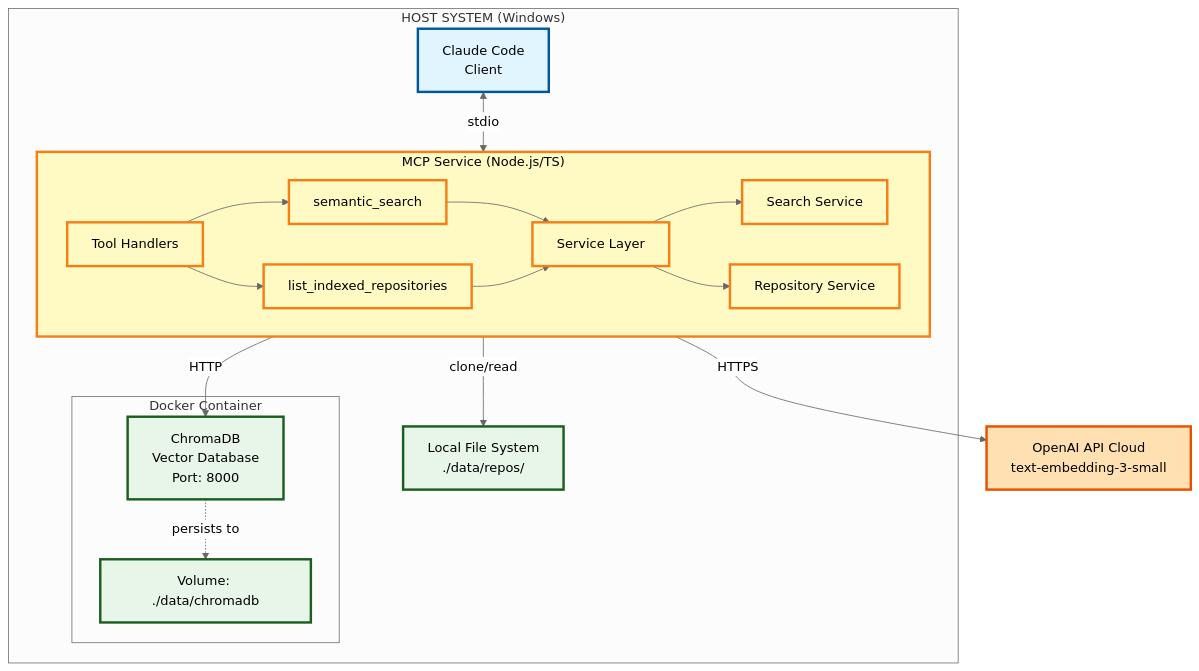
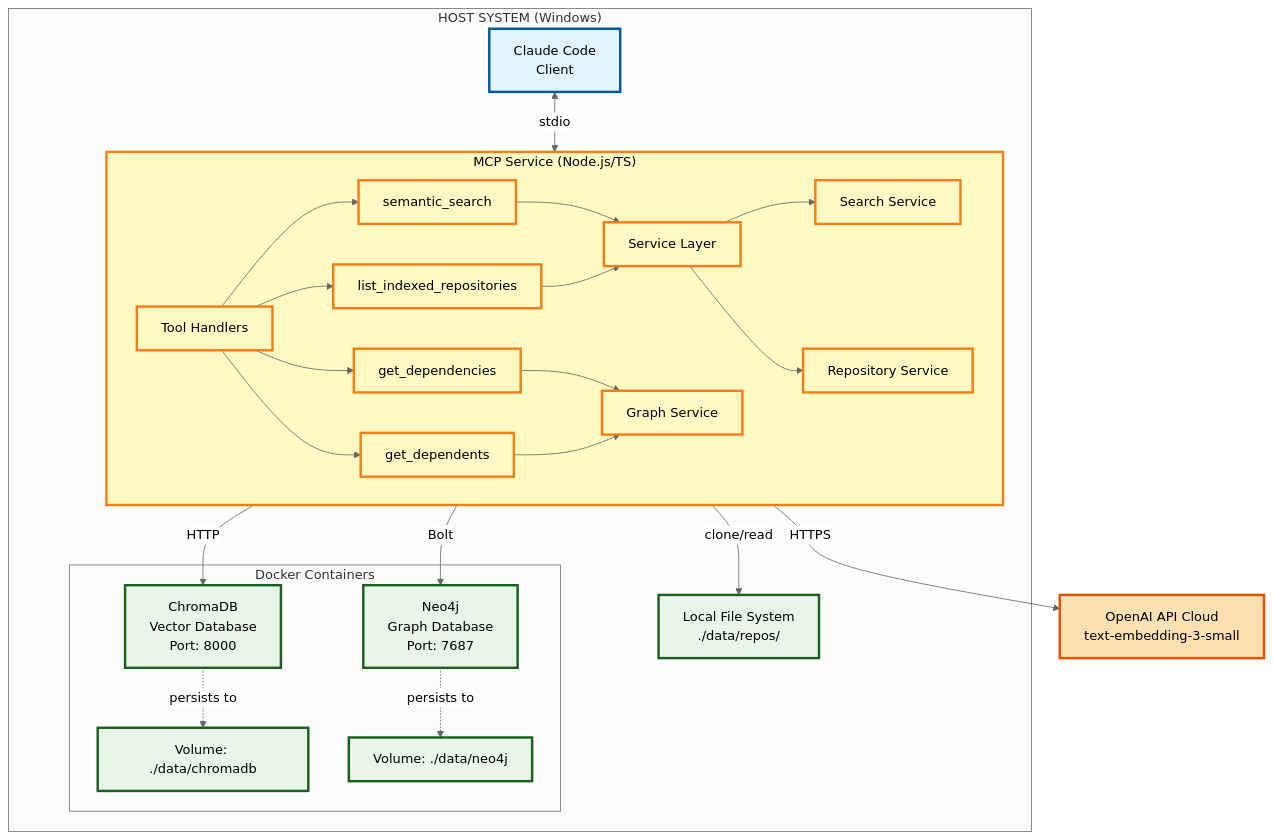
One commit to sethships/PersonalKnowledgeMCP changed the diagram in README.md. Above: the diagram before and after it, drawn with Mermaid (neutral theme). The commit also changed other lines of this file and 2 other files, not shown here.

First line of the commit message:
docs: add graph tools documentation and MIT license

````diff
--- a/README.md
+++ b/README.md
@@ -57,48 +65,59 @@
 ```mermaid
 graph TB
     subgraph HOST["HOST SYSTEM (Windows)"]
         CC[Claude Code<br/>Client]
 
         subgraph MCP_SVC["MCP Service (Node.js/TS)"]
             TH[Tool Handlers]
             SS[semantic_search]
             LR[list_indexed_repositories]
+            GD[get_dependencies]
+            GT[get_dependents]
             SL[Service Layer]
             SRCH[Search Service]
             REPO[Repository Service]
+            GRAPH[Graph Service]
 
             TH --> SS
             TH --> LR
+            TH --> GD
+            TH --> GT
             SS --> SL
             LR --> SL
+            GD --> GRAPH
+            GT --> GRAPH
             SL --> SRCH
             SL --> REPO
         end
 
-        subgraph DOCKER["Docker Container"]
+        subgraph DOCKER["Docker Containers"]
             CDB[ChromaDB<br/>Vector Database<br/>Port: 8000]
+            NEO[Neo4j<br/>Graph Database<br/>Port: 7687]
             VOL[Volume: ./data/chromadb]
+            NEOVOL[Volume: ./data/neo4j]
             CDB -.->|persists to| VOL
+            NEO -.->|persists to| NEOVOL
         end
 
         FS[Local File System<br/>./data/repos/]
 
         CC <-->|stdio| MCP_SVC
         MCP_SVC -->|HTTP| CDB
+        MCP_SVC -->|Bolt| NEO
         MCP_SVC -->|clone/read| FS
     end
 
     OAI[OpenAI API Cloud<br/>text-embedding-3-small]
 
     MCP_SVC -->|HTTPS| OAI
 
     classDef client fill:#e1f5ff,stroke:#01579b,stroke-width:3px,color:#000
     classDef service fill:#fff9c4,stroke:#f57f17,stroke-width:3px,color:#000
     classDef storage fill:#e8f5e9,stroke:#1b5e20,stroke-width:3px,color:#000
     classDef external fill:#ffe0b2,stroke:#e65100,stroke-width:3px,color:#000
 
     class CC client
-    class MCP_SVC,TH,SS,LR,SL,SRCH,REPO service
-    class CDB,VOL,FS storage
+    class MCP_SVC,TH,SS,LR,GD,GT,SL,SRCH,REPO,GRAPH service
+    class CDB,NEO,VOL,NEOVOL,FS storage
     class OAI external
 ```
````
